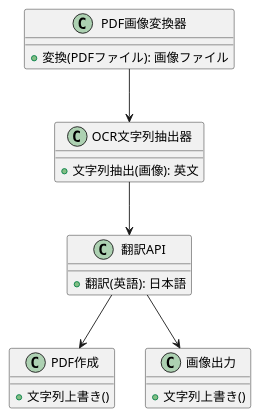
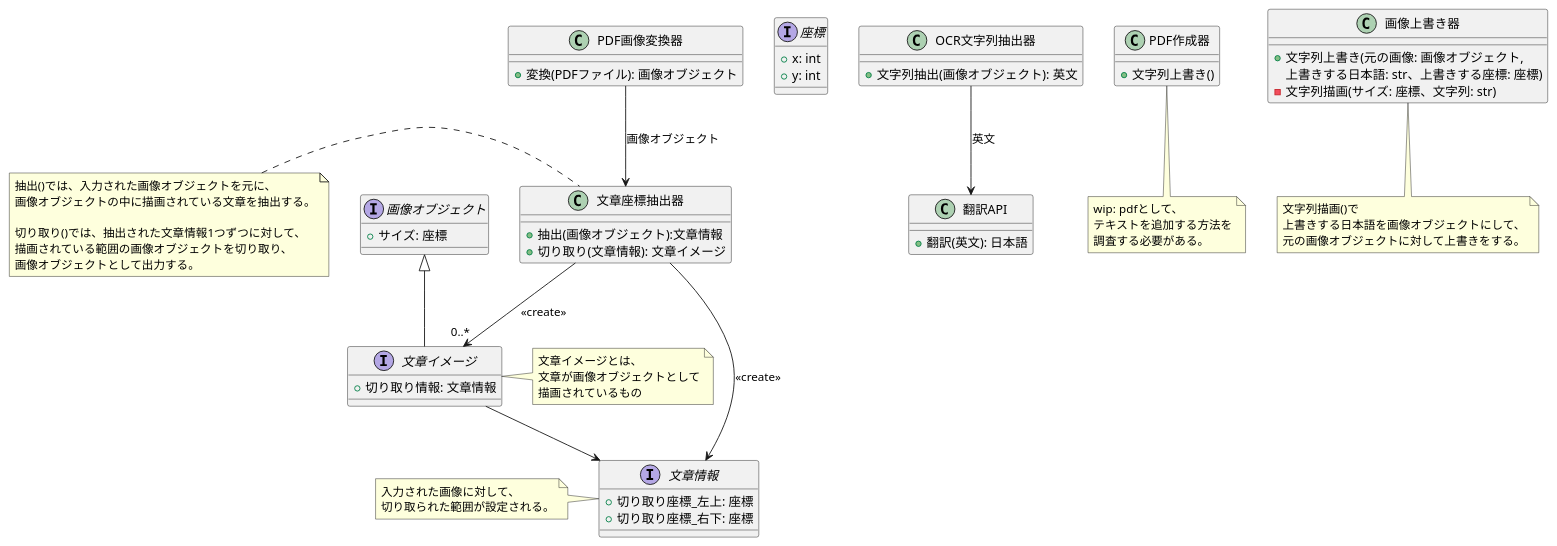
The second of 2 diagrams in システム構成図.md (hakohumi/pdf-translator), drawn with PlantUML before and after one commit. The commit also changed other lines of this file, not shown here.

Commit message:
システム構成図を文章の座標を取得する必要があるシステムに変更

````diff
--- a/システム構成図.md
+++ b/システム構成図.md
@@ -3,34 +36,101 @@
 ```plantuml
 @startuml
 
-class "PDF画像変換器" as pdf_to_image{
-    + 変換(PDFファイル): 画像ファイル
+interface "画像オブジェクト" as image{
+    + サイズ: 座標
 }
 
-class "OCR文字列抽出器" as ocr{
-    + 文字列抽出(画像): 英文
+
+class "PDF画像変換器" as pdf_to_image{
+    + 変換(PDFファイル): 画像オブジェクト
 }
 
-pdf_to_image --> ocr
+
+class "文章座標抽出器" as text_coordinate_extractor{
+    + 抽出(画像オブジェクト):文章情報
+    + 切り取り(文章情報): 文章イメージ
+}
+
+note left
+抽出()では、入力された画像オブジェクトを元に、
+画像オブジェクトの中に描画されている文章を抽出する。
+
+切り取り()では、抽出された文章情報1つずつに対して、
+描画されている範囲の画像オブジェクトを切り取り、
+画像オブジェクトとして出力する。
+end note
+
+pdf_to_image --> text_coordinate_extractor: 画像オブジェクト
+
+
+interface "座標"{
+    + x: int
+    + y: int
+}
+
+interface "文章情報" as text_info{
+    + 切り取り座標_左上: 座標
+    + 切り取り座標_右下: 座標
+}
+
+note left
+入力された画像に対して、
+切り取られた範囲が設定される。
+end note
+
+text_coordinate_extractor --> text_info : <<create>>
+
+
+interface "文章イメージ" as text implements image{
+    + 切り取り情報: 文章情報
+}
+
+text --> text_info
+
+
+note right
+文章イメージとは、
+文章が画像オブジェクトとして
+描画されているもの
+end note
+
+text_coordinate_extractor -->"0..*" text : <<create>>
+
+class "OCR文字列抽出器" as ocr{
+    + 文字列抽出(画像オブジェクト): 英文
+}
 
 
 class "翻訳API" as translator{
-    + 翻訳(英語): 日本語
+    + 翻訳(英文): 日本語
 }
 
-ocr --> translator
+ocr --> translator: 英文
 
-class "PDF作成" as output_pdf{
+class "PDF作成器" as output_pdf{
     + 文字列上書き()
 }
 
-translator --> output_pdf
 
-class "画像出力" as output_image{
-    + 文字列上書き()
+note bottom
+wip: pdfとして、
+テキストを追加する方法を
+調査する必要がある。
+end note
+
+
+class "画像上書き器" as image_overwriter{
+    + 文字列上書き(元の画像: 画像オブジェクト,
+        上書きする日本語: str、上書きする座標: 座標)
+    - 文字列描画(サイズ: 座標、文字列: str)
 }
 
-translator --> output_image
+note bottom
+文字列描画()で
+上書きする日本語を画像オブジェクトにして、
+元の画像オブジェクトに対して上書きをする。
+end note
+
 
 @enduml
 ```
````
